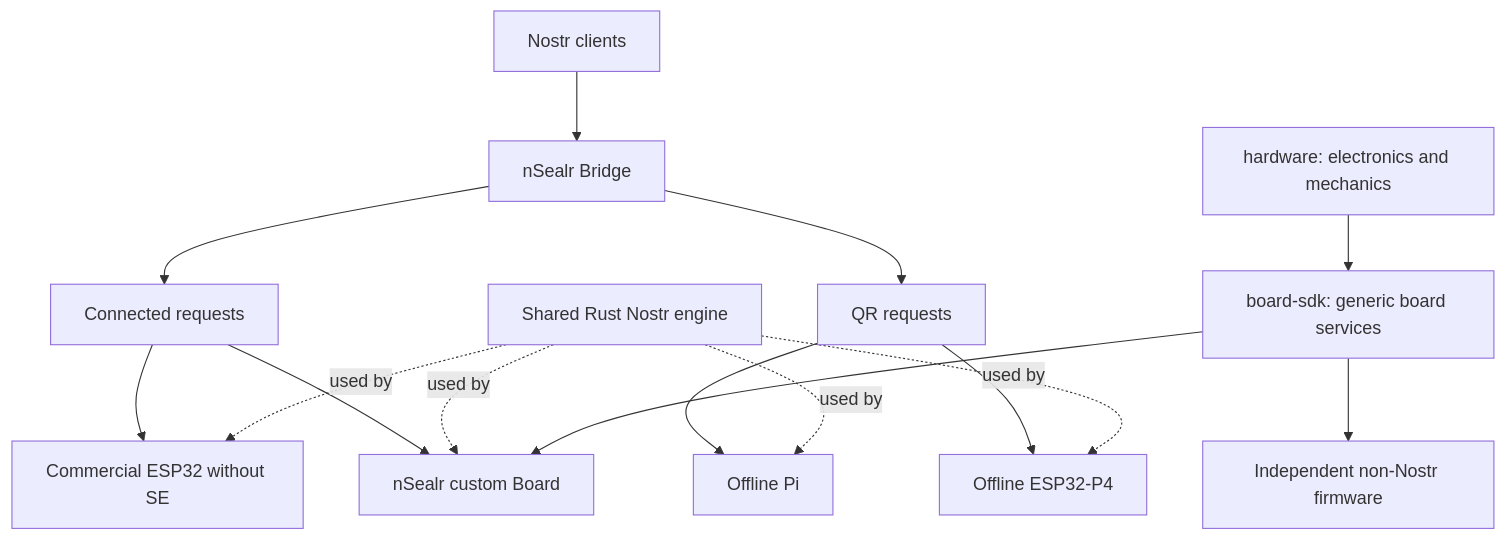
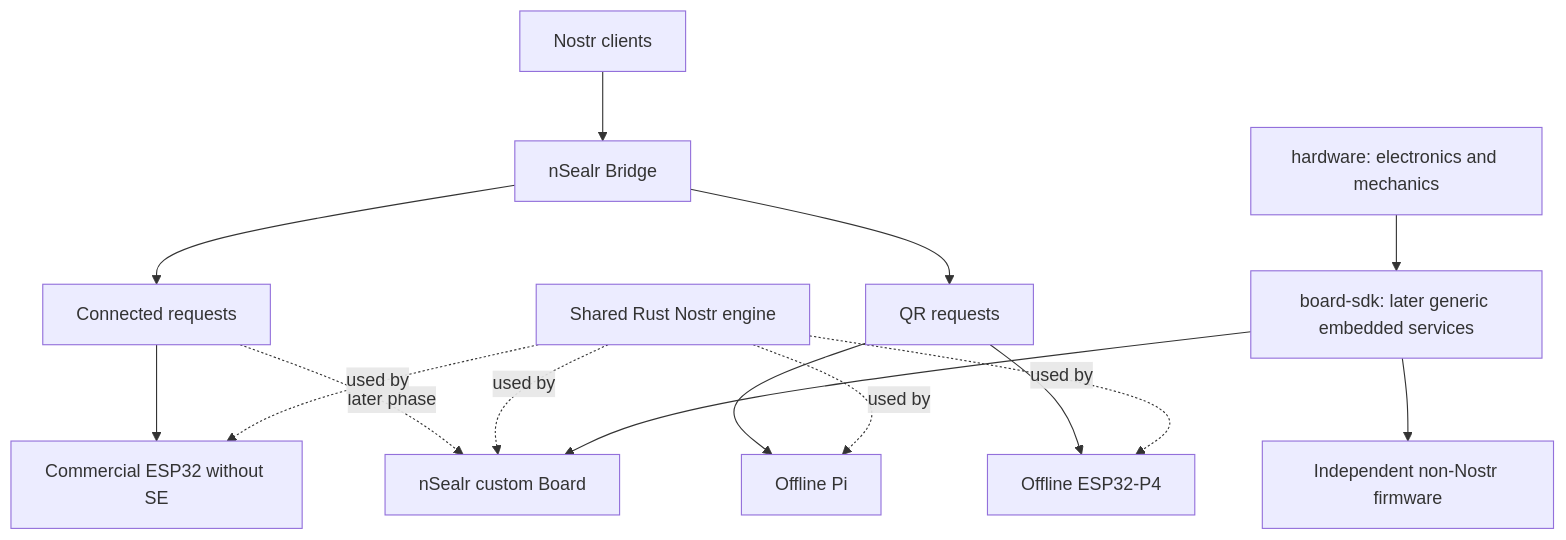
The diagram in docs/restart/README.md (nSealr/nsealr), drawn with Mermaid before and after one commit. The commit also changed other lines of this file and 109 other files, not shown here.

````diff
--- a/docs/restart/README.md
+++ b/docs/restart/README.md
@@ -72,17 +97,17 @@
 ```mermaid
 flowchart TD
     Clients[Nostr clients] --> Bridge[nSealr Bridge]
     Bridge --> Connected[Connected requests]
     Bridge --> Optical[QR requests]
     Connected --> ESP[Commercial ESP32 without SE]
-    Connected --> Custom[nSealr custom Board]
+    Connected -. later phase .-> Custom[nSealr custom Board]
     Optical --> Pi[Offline Pi]
     Optical --> P4[Offline ESP32-P4]
     Engine[Shared Rust Nostr engine] -. used by .-> ESP
     Engine -. used by .-> Custom
     Engine -. used by .-> Pi
     Engine -. used by .-> P4
-    SDK[board-sdk: generic board services] --> Custom
+    SDK[board-sdk: later generic embedded services] --> Custom
     SDK --> Other[Independent non-Nostr firmware]
     HW[hardware: electronics and mechanics] --> SDK
 ```
````
